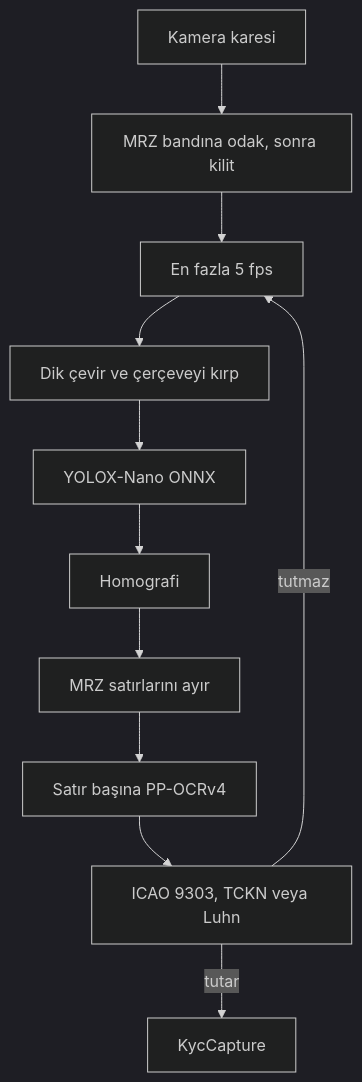
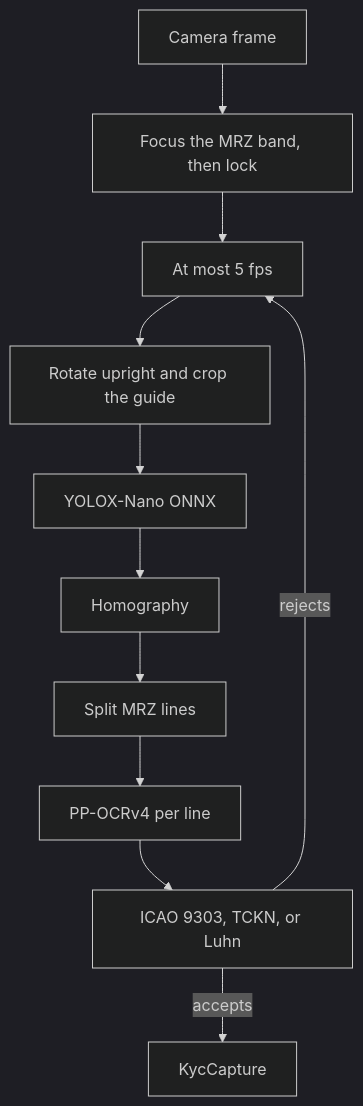
One commit to abdullahtas0/flutter_ondevice_kyc changed the diagram in README.md. Above: the diagram before and after it, drawn with Mermaid (dark theme). The commit also changed other lines of this file and 9 other files, not shown here.

````diff
--- a/README.md
+++ b/README.md
@@ -24,16 +26,16 @@
 ```mermaid
 flowchart TD
-  camera[Kamera karesi]
-  focus[MRZ bandına odak, sonra kilit]
-  throttle[En fazla 5 fps]
-  orient[Dik çevir ve çerçeveyi kırp]
+  camera[Camera frame]
+  focus[Focus the MRZ band, then lock]
+  throttle[At most 5 fps]
+  orient[Rotate upright and crop the guide]
   detect[YOLOX-Nano ONNX]
-  warp[Homografi]
-  lines[MRZ satırlarını ayır]
-  ocr[Satır başına PP-OCRv4]
-  gate[ICAO 9303, TCKN veya Luhn]
+  warp[Homography]
+  lines[Split MRZ lines]
+  ocr[PP-OCRv4 per line]
+  gate[ICAO 9303, TCKN, or Luhn]
   emit[KycCapture]
   camera --> focus --> throttle --> orient --> detect --> warp --> lines --> ocr --> gate
-  gate -->|tutar| emit
-  gate -->|tutmaz| throttle
+  gate -->|accepts| emit
+  gate -->|rejects| throttle
 ```
````
